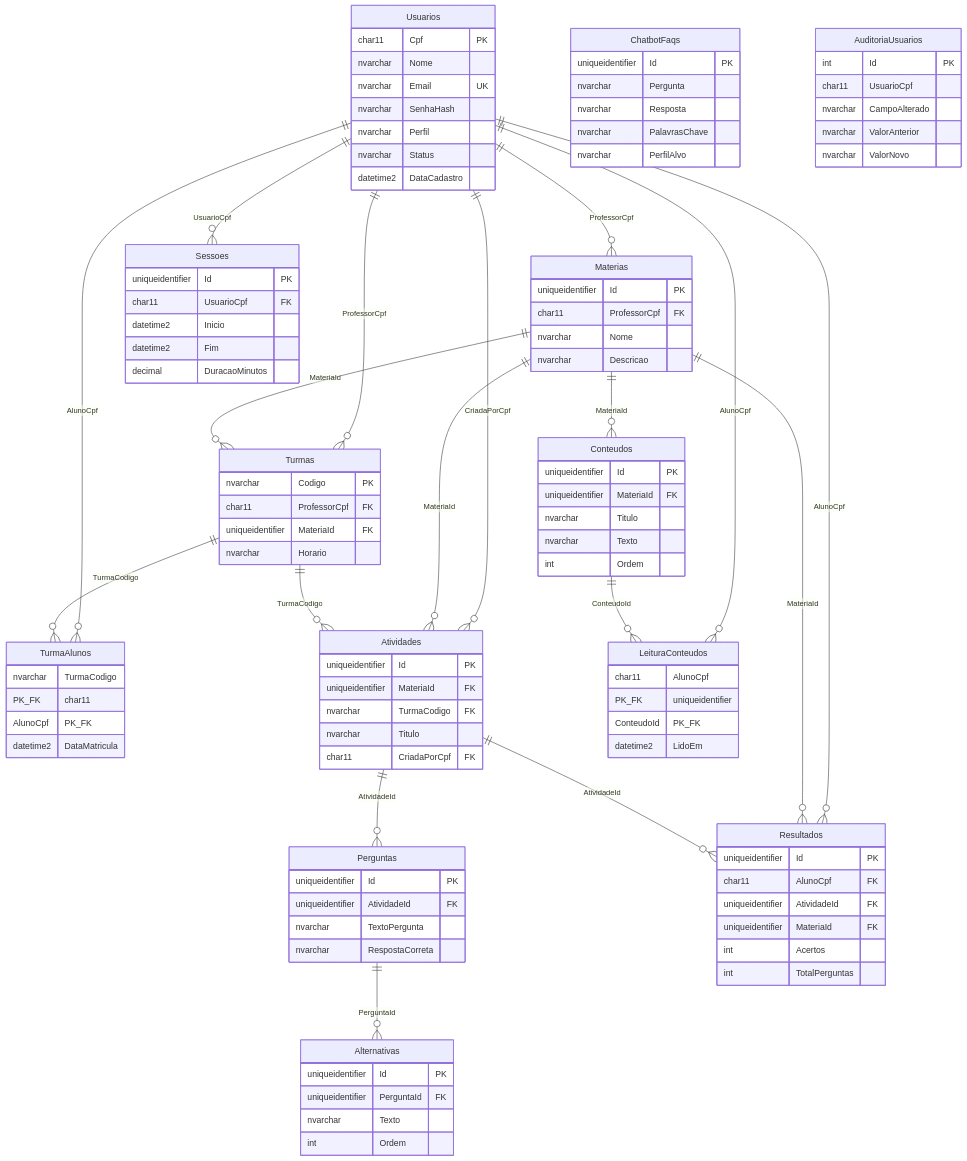
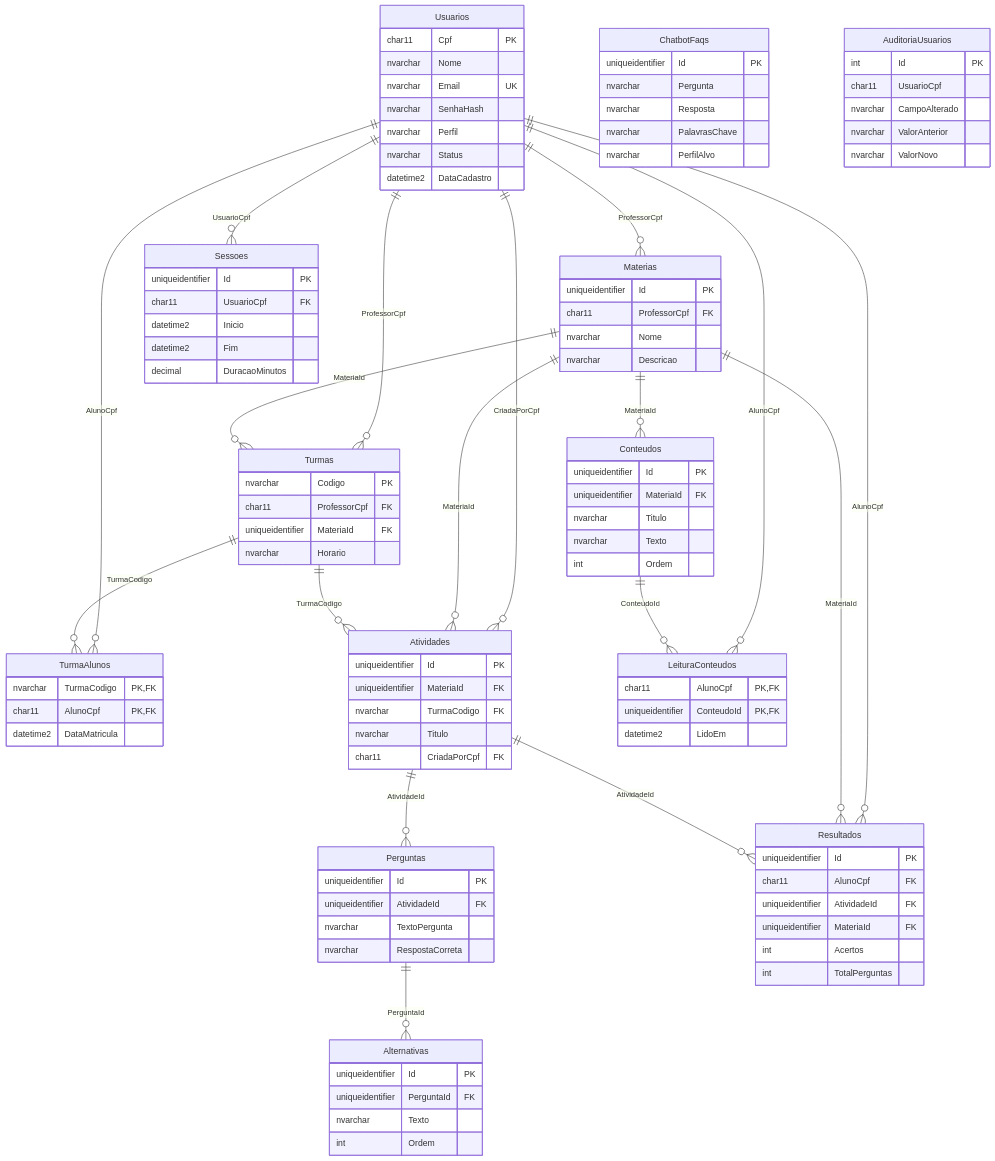
The second of 2 diagrams in database/README.md (lelezap-Dev/sistemaEducacionaPIM), drawn with Mermaid before and after one commit. The commit also changed other lines of this file and 4 other files, not shown here.

First line of the commit message:
Gera os diagramas do banco e corrige dois erros no README

```diff
--- a/database/README.md
+++ b/database/README.md
@@ -103,8 +103,8 @@
         nvarchar Horario
     }
     TurmaAlunos {
-        nvarchar TurmaCodigo PK_FK
-        char11 AlunoCpf PK_FK
+        nvarchar TurmaCodigo PK, FK
+        char11 AlunoCpf PK, FK
         datetime2 DataMatricula
     }
     Atividades {
@@ -135,8 +135,8 @@
         int TotalPerguntas
     }
     LeituraConteudos {
-        char11 AlunoCpf PK_FK
-        uniqueidentifier ConteudoId PK_FK
+        char11 AlunoCpf PK, FK
+        uniqueidentifier ConteudoId PK, FK
         datetime2 LidoEm
     }
     Sessoes {
```
